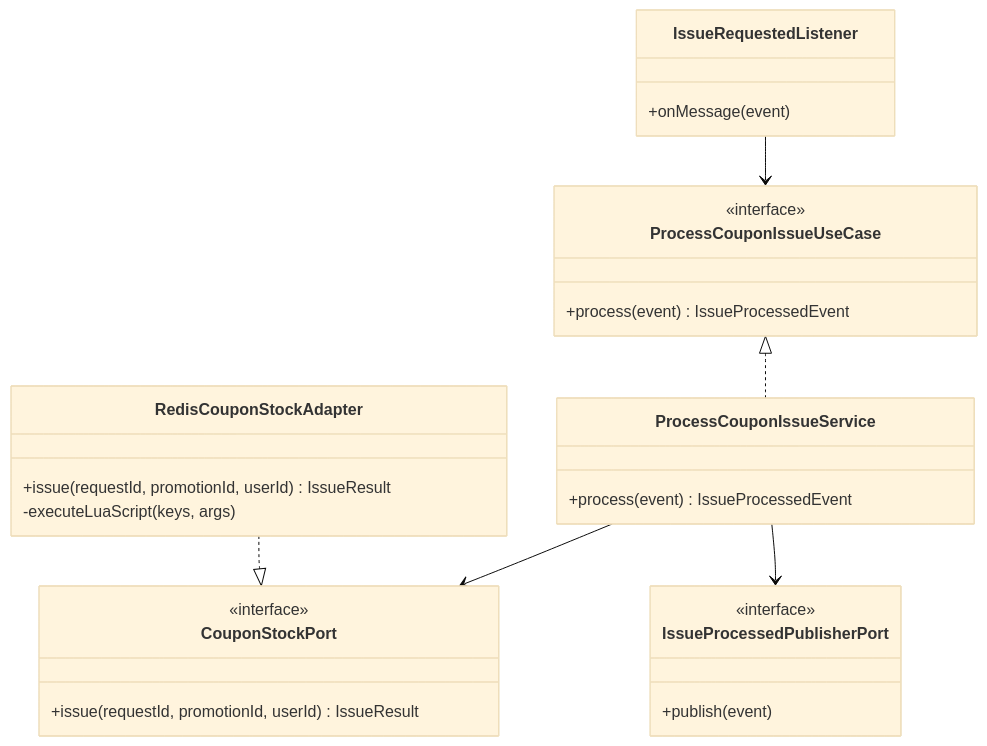
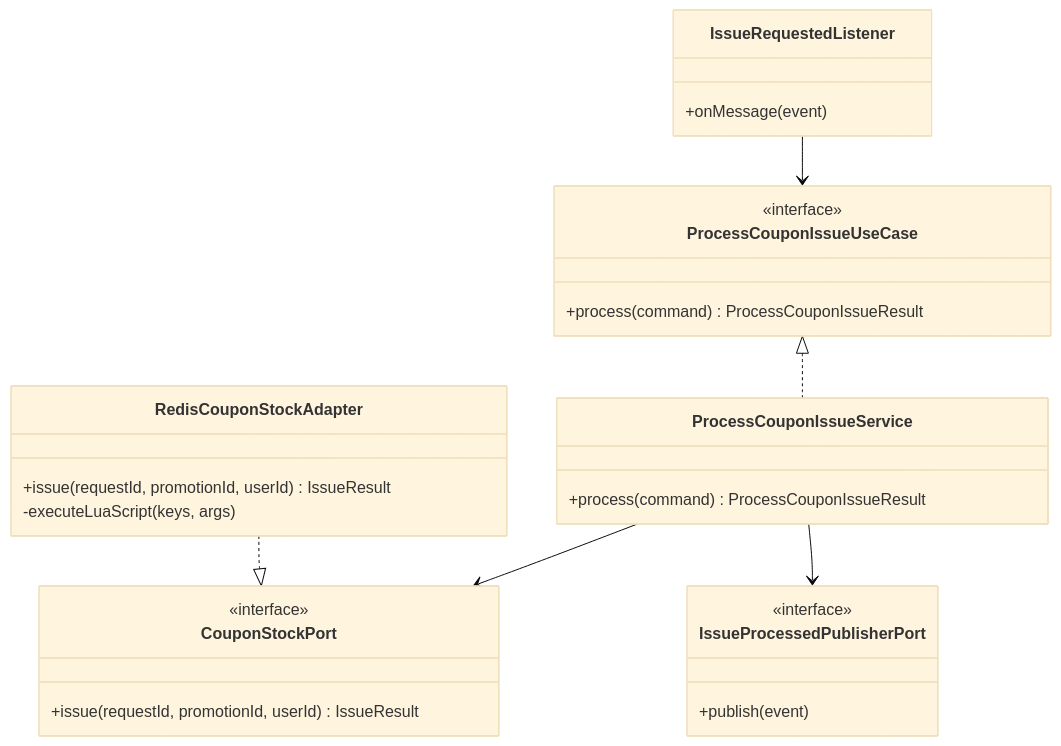
The fourth of 5 diagrams in docs/03-class-diagrams.md (yht0827/promotion-dispatcher), drawn with Mermaid (base theme) before and after one commit. The commit also changed other lines of this file and 3 other files, not shown here.

````diff
--- a/docs/03-class-diagrams.md
+++ b/docs/03-class-diagrams.md
@@ -149,36 +175,36 @@
 ```mermaid
 classDiagram
     class IssueRequestedListener {
       +onMessage(event)
     }
 
     class ProcessCouponIssueUseCase {
       <<interface>>
-      +process(event) IssueProcessedEvent
+      +process(command) ProcessCouponIssueResult
     }
 
     class ProcessCouponIssueService {
-      +process(event) IssueProcessedEvent
+      +process(command) ProcessCouponIssueResult
     }
 
     class CouponStockPort {
       <<interface>>
       +issue(requestId, promotionId, userId) IssueResult
     }
 
     class IssueProcessedPublisherPort {
       <<interface>>
       +publish(event)
     }
 
     class RedisCouponStockAdapter {
       +issue(requestId, promotionId, userId) IssueResult
       -executeLuaScript(keys, args)
     }
 
     IssueRequestedListener --> ProcessCouponIssueUseCase
     ProcessCouponIssueUseCase <|.. ProcessCouponIssueService
     ProcessCouponIssueService --> CouponStockPort
     ProcessCouponIssueService --> IssueProcessedPublisherPort
     RedisCouponStockAdapter ..|> CouponStockPort
 ```
````
